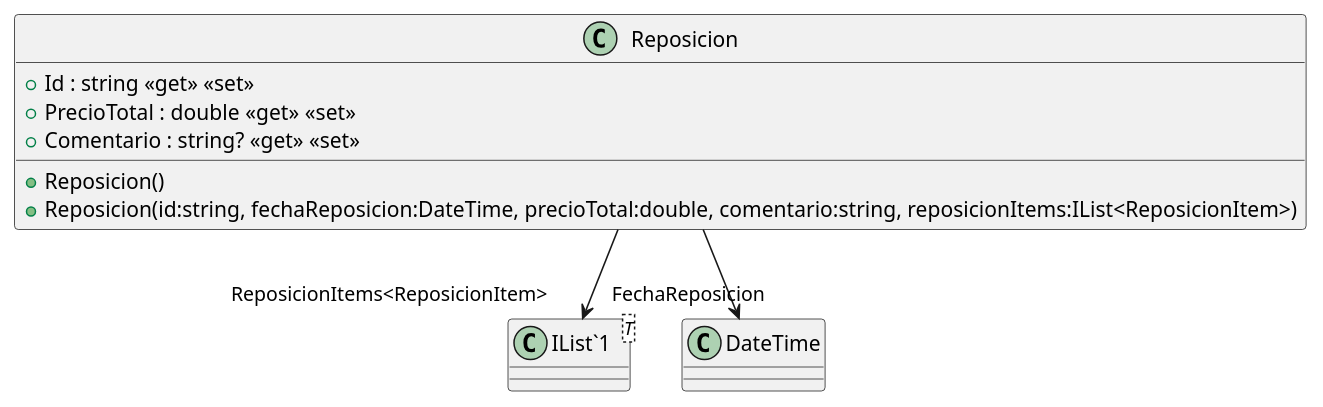
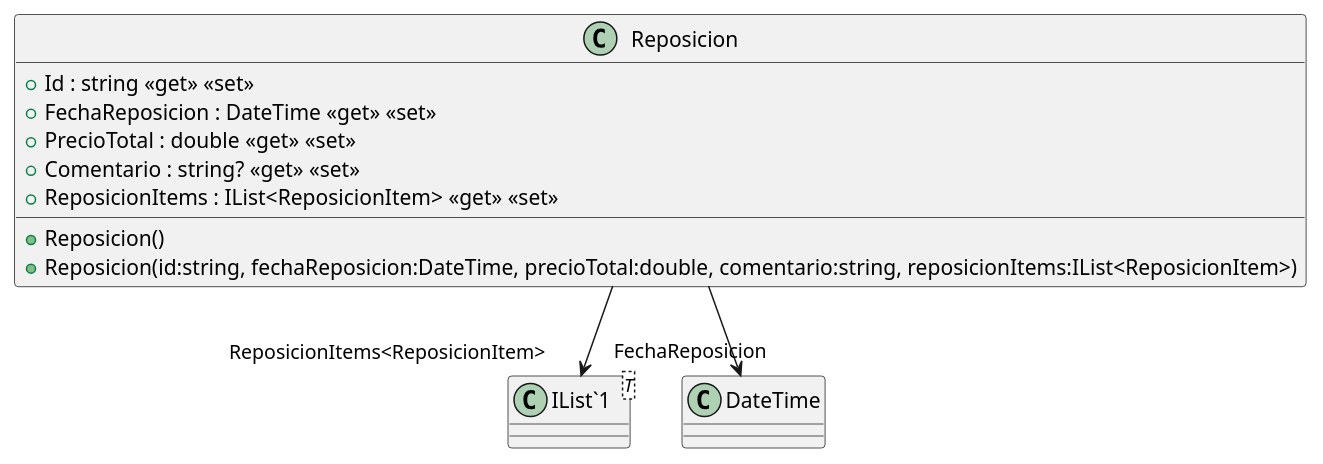
The diagram in src/AppForSEII.API/ClassDiagram/Reposicion.puml (ISII2627LosElnes/ISII2627LosElnes), drawn with PlantUML before and after one commit. The commit also changed 11 other files, not shown here.

```diff
--- a/src/AppForSEII.API/ClassDiagram/Reposicion.puml
+++ b/src/AppForSEII.API/ClassDiagram/Reposicion.puml
@@ -1,13 +1,15 @@
 @startuml
 class Reposicion {
     + Reposicion()
     + Reposicion(id:string, fechaReposicion:DateTime, precioTotal:double, comentario:string, reposicionItems:IList<ReposicionItem>)
     + Id : string <<get>> <<set>>
+    + FechaReposicion : DateTime <<get>> <<set>>
     + PrecioTotal : double <<get>> <<set>>
     + Comentario : string? <<get>> <<set>>
+    + ReposicionItems : IList<ReposicionItem> <<get>> <<set>>
 }
 class "IList`1"<T> {
 }
 Reposicion --> "FechaReposicion" DateTime
 Reposicion --> "ReposicionItems<ReposicionItem>" "IList`1"
 @enduml
```
